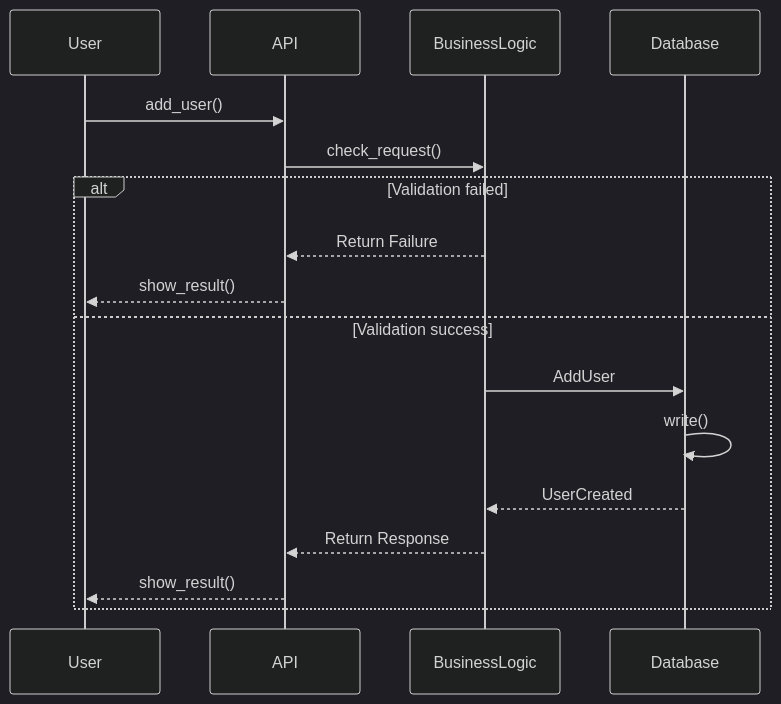
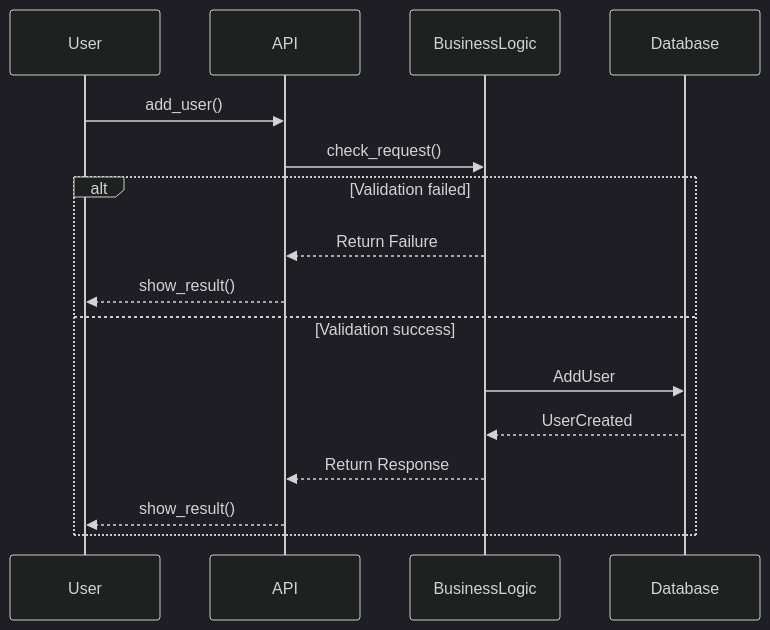
The diagram in part1/sequence_diagrams.mermaid (EnzoMessaoudi/holbertonschool-hbnb), drawn with Mermaid (dark theme) before and after one commit.

Commit message:
Remove the write from the database

```diff
--- a/part1/sequence_diagrams.mermaid
+++ b/part1/sequence_diagrams.mermaid
@@ -1,20 +1,19 @@
 sequenceDiagram
 participant User
 participant API
 participant BusinessLogic
 participant Database
 
 User->>API: add_user()
 API->>BusinessLogic: check_request()
 
 
 alt Validation failed
     BusinessLogic-->>API: Return Failure
     API-->>User:show_result()
 else Validation success
     BusinessLogic->>Database: AddUser
-    Database->>Database:write()
     Database-->>BusinessLogic: UserCreated
     BusinessLogic-->>API: Return Response
     API-->>User: show_result()
 end
```
